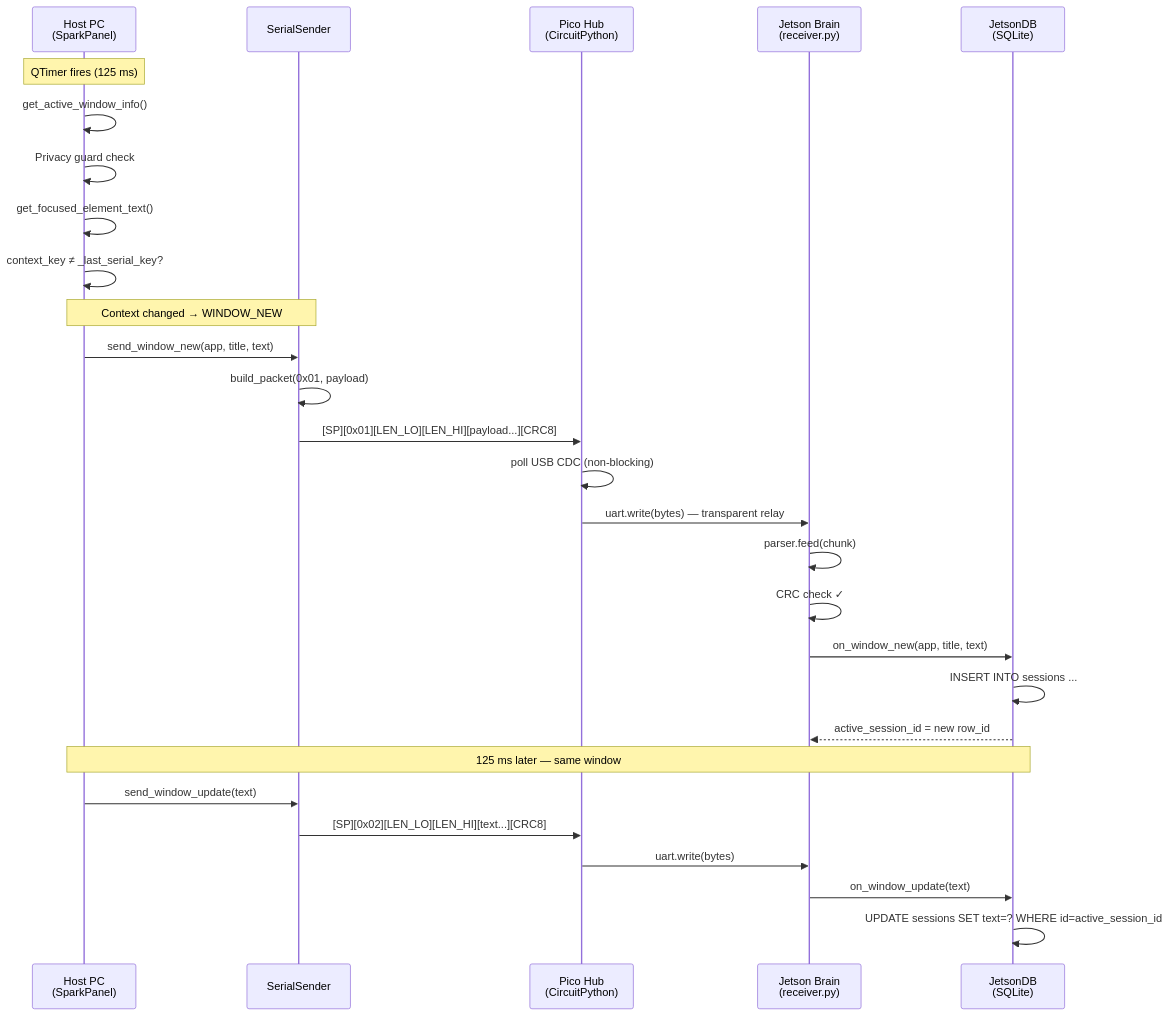
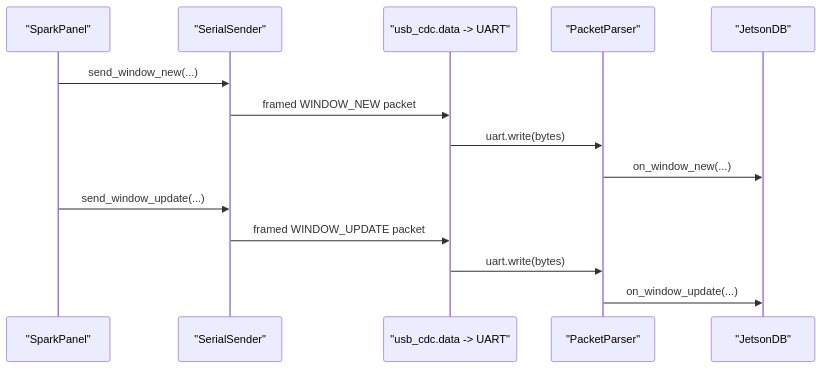
The second of 3 diagrams in ENGINEERING_SPEC.md (Tatyana-AC/SPARK), drawn with Mermaid before and after one commit. The commit also changed other lines of this file and 17 other files, not shown here.

Commit message:
Implement CircuitPython Pico firmware and deploy tooling

````diff
--- a/ENGINEERING_SPEC.md
+++ b/ENGINEERING_SPEC.md
@@ -431,35 +329,18 @@
 ```mermaid
 sequenceDiagram
-    participant Host as Host PC<br/>(SparkPanel)
-    participant Serial as SerialSender
-    participant Pico as Pico Hub<br/>(CircuitPython)
-    participant Jetson as Jetson Brain<br/>(receiver.py)
-    participant DB as JetsonDB<br/>(SQLite)
+    participant Host as "SparkPanel"
+    participant Serial as "SerialSender"
+    participant Pico as "usb_cdc.data -> UART"
+    participant Jetson as "PacketParser"
+    participant DB as "JetsonDB"
 
-    Note over Host: QTimer fires (125 ms)
-    Host->>Host: get_active_window_info()
-    Host->>Host: Privacy guard check
-    Host->>Host: get_focused_element_text()
-    Host->>Host: context_key ≠ _last_serial_key?
+    Host->>Serial: send_window_new(...)
+    Serial->>Pico: framed WINDOW_NEW packet
+    Pico->>Jetson: uart.write(bytes)
+    Jetson->>DB: on_window_new(...)
 
-    Note over Host,Serial: Context changed → WINDOW_NEW
-    Host->>Serial: send_window_new(app, title, text)
-    Serial->>Serial: build_packet(0x01, payload)
-    Serial->>Pico: [SP][0x01][LEN_LO][LEN_HI][payload...][CRC8]
-
-    Pico->>Pico: poll USB CDC (non-blocking)
-    Pico->>Jetson: uart.write(bytes) — transparent relay
-
-    Jetson->>Jetson: parser.feed(chunk)
-    Jetson->>Jetson: CRC check ✓
-    Jetson->>DB: on_window_new(app, title, text)
-    DB->>DB: INSERT INTO sessions ...
-    DB-->>Jetson: active_session_id = new row_id
-
-    Note over Host,DB: 125 ms later — same window
-    Host->>Serial: send_window_update(text)
-    Serial->>Pico: [SP][0x02][LEN_LO][LEN_HI][text...][CRC8]
+    Host->>Serial: send_window_update(...)
+    Serial->>Pico: framed WINDOW_UPDATE packet
     Pico->>Jetson: uart.write(bytes)
-    Jetson->>DB: on_window_update(text)
-    DB->>DB: UPDATE sessions SET text=? WHERE id=active_session_id
+    Jetson->>DB: on_window_update(...)
 ```
````
